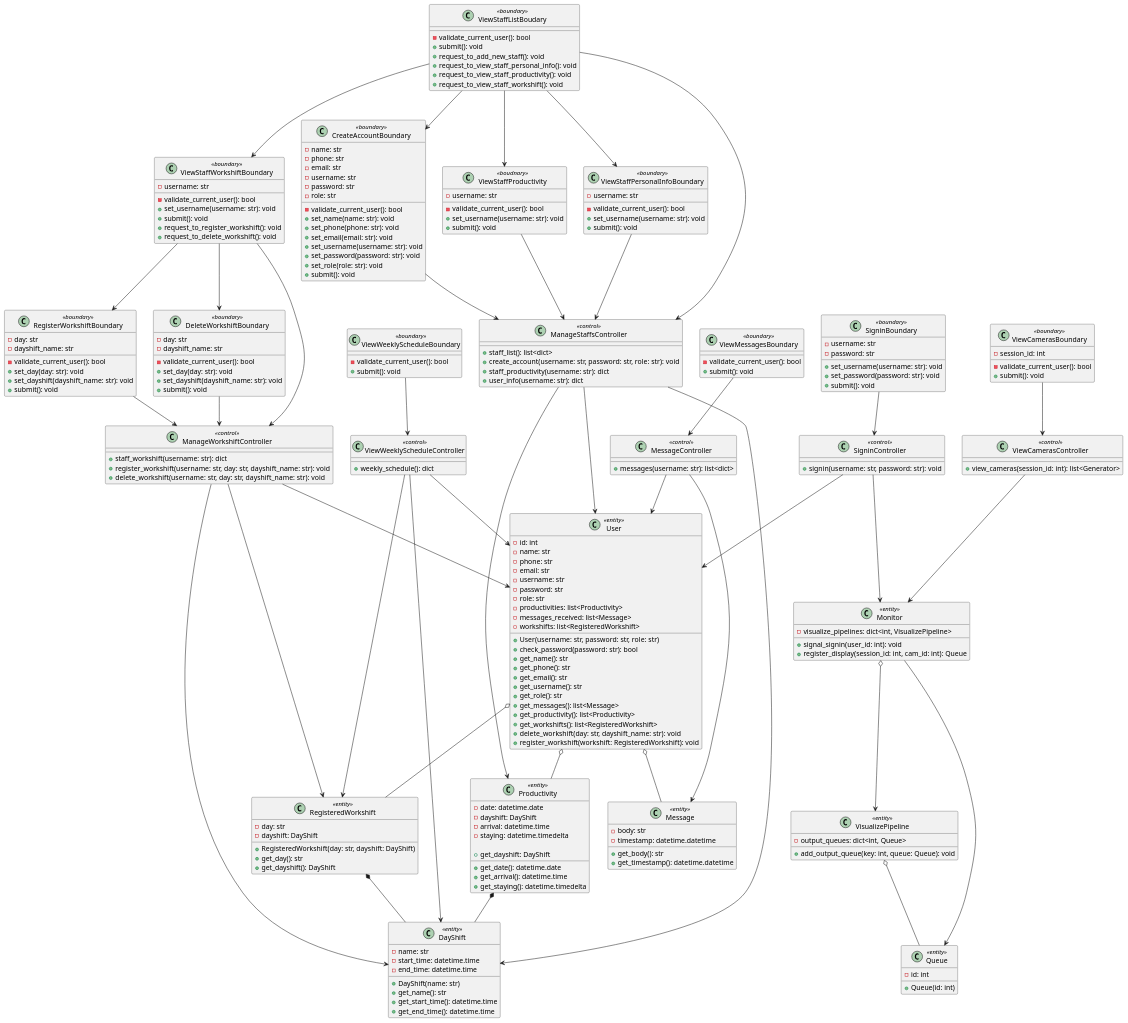
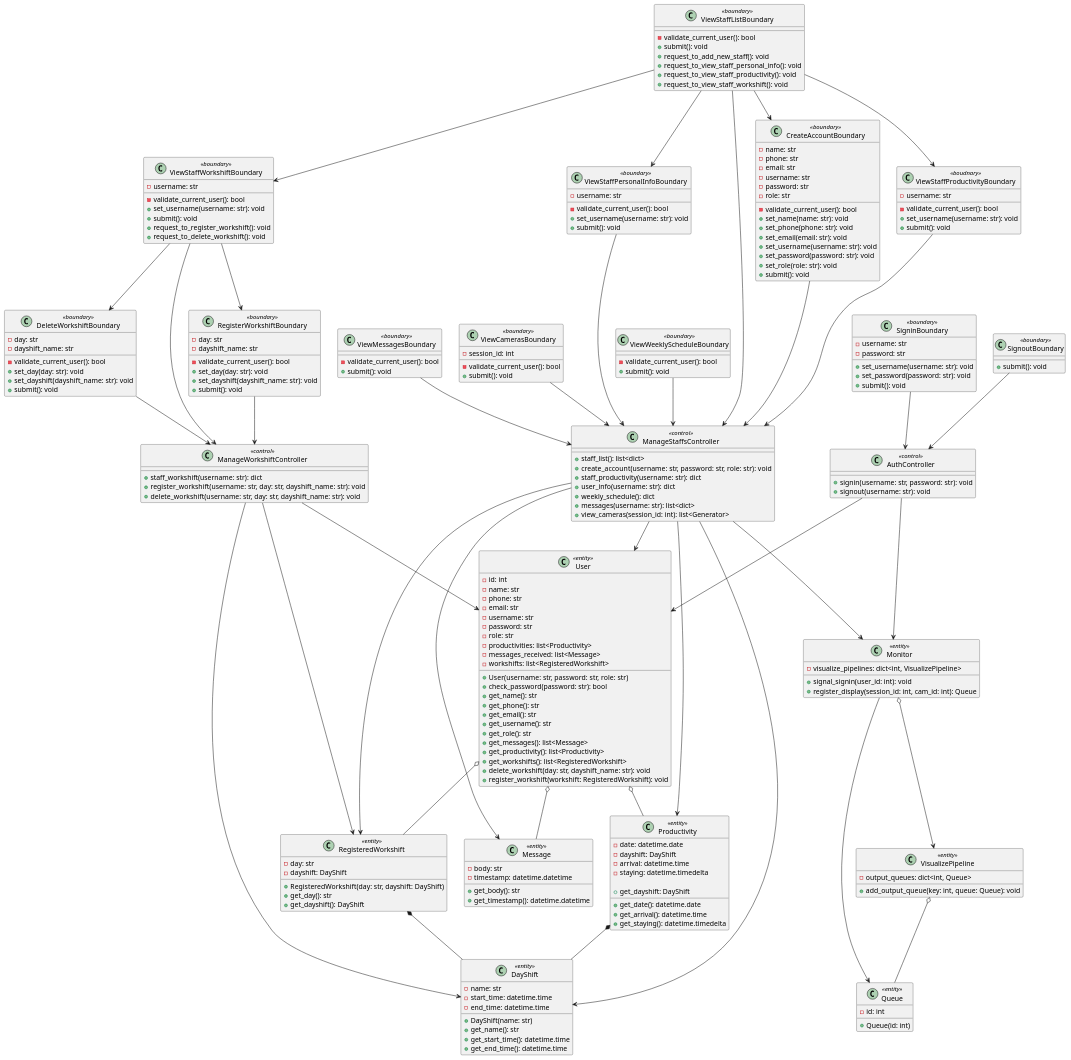
The diagram in docs/UML/Class Details/all.pu (LapTQ/MCT), drawn with PlantUML before and after one commit. The commit also changed 33 other files, not shown here.

Commit message:
update UML

```diff
--- a/docs/UML/Class Details/all.pu
+++ b/docs/UML/Class Details/all.pu
@@ -1,6 +1,6 @@
 @startuml
 
-class ViewStaffListBoudary <<boundary>> {
+class ViewStaffListBoundary <<boundary>> {
 
     - validate_current_user(): bool
     + submit(): void
@@ -29,7 +29,7 @@
 
 }
 
-class ViewStaffProductivity <<boudnary>> {
+class ViewStaffProductivityBoundary <<boudnary>> {
     - username: str
 
     - validate_current_user(): bool
@@ -43,6 +43,11 @@
     
     + set_username(username: str): void
     + set_password(password: str): void
+    + submit(): void
+}
+
+class SignoutBoundary <<boundary>> {
+    
     + submit(): void
 }
 
@@ -109,22 +114,15 @@
     + create_account(username: str, password: str, role: str): void
     + staff_productivity(username: str): dict
     + user_info(username: str): dict
+    + weekly_schedule(): dict
+    + messages(username: str): list<dict>
+    + view_cameras(session_id: int): list<Generator>
 }
 
-class SigninController <<control>> {
+class AuthController <<control>> {
 
     + signin(username: str, password: str): void
-}
-
-class MessageController <<control>> {
-
-    + messages(username: str): list<dict>
-}
-
-class ViewCamerasController <<control>> {
-
-    + view_cameras(session_id: int): list<Generator>
-    
+    + signout(username: str): void
 }
 
 class ManageWorkshiftController <<control>> {
@@ -132,11 +130,6 @@
     + staff_workshift(username: str): dict
     + register_workshift(username: str, day: str, dayshift_name: str): void
     + delete_workshift(username: str, day: str, dayshift_name: str): void
-}
-
-class ViewWeeklyScheduleController <<control>> {
-
-    + weekly_schedule(): dict
 }
 
 class User <<entity>> {
@@ -224,18 +217,17 @@
     + get_dayshift(): DayShift
 }
 
-ManageWorkshiftController -> RegisteredWorkshift
-ManageWorkshiftController -> DayShift
+ManageWorkshiftController --> RegisteredWorkshift
+ManageWorkshiftController --> DayShift
 
-MessageController -> Message
+ManageStaffsController --> Message
 
-ManageStaffsController -> Productivity
-ManageStaffsController -> DayShift
+ManageStaffsController --> Productivity
 
-ViewWeeklyScheduleBoundary --> ViewWeeklyScheduleController
-ViewWeeklyScheduleController --> User
-ViewWeeklyScheduleController --> RegisteredWorkshift
-ViewWeeklyScheduleController --> DayShift
+ViewWeeklyScheduleBoundary --> ManageStaffsController
+ManageStaffsController --> User
+ManageStaffsController --> RegisteredWorkshift
+ManageStaffsController --> DayShift
 
 ViewStaffWorkshiftBoundary --> ManageWorkshiftController
 ViewStaffWorkshiftBoundary --> RegisterWorkshiftBoundary
@@ -246,29 +238,28 @@
 User o-- RegisteredWorkshift
 RegisteredWorkshift *-- DayShift
 
-ViewCamerasBoundary --> ViewCamerasController
-ViewCamerasController --> Monitor
+ViewCamerasBoundary --> ManageStaffsController
+ManageStaffsController --> Monitor
 Monitor o--> VisualizePipeline
 Monitor --> Queue
 VisualizePipeline o-- Queue
 
-ViewMessagesBoundary --> MessageController
-MessageController --> User
+ViewMessagesBoundary --> ManageStaffsController
 User o-- Message
 
-SigninBoundary --> SigninController
-SigninController --> User
-SigninController --> Monitor
+SigninBoundary --> AuthController
+SignoutBoundary --> AuthController
+AuthController --> User
+AuthController --> Monitor
 
-ViewStaffListBoudary --> CreateAccountBoundary
-ViewStaffListBoudary --> ViewStaffPersonalInfoBoundary
-ViewStaffListBoudary --> ViewStaffProductivity
-ViewStaffListBoudary --> ViewStaffWorkshiftBoundary
-ViewStaffListBoudary --> ManageStaffsController
+ViewStaffListBoundary --> CreateAccountBoundary
+ViewStaffListBoundary --> ViewStaffPersonalInfoBoundary
+ViewStaffListBoundary --> ViewStaffProductivityBoundary
+ViewStaffListBoundary --> ViewStaffWorkshiftBoundary
+ViewStaffListBoundary --> ManageStaffsController
 CreateAccountBoundary --> ManageStaffsController
 ViewStaffPersonalInfoBoundary --> ManageStaffsController
-ViewStaffProductivity --> ManageStaffsController
-ManageStaffsController --> User
+ViewStaffProductivityBoundary --> ManageStaffsController
 User o-- Productivity
 Productivity *-- DayShift
 
```
